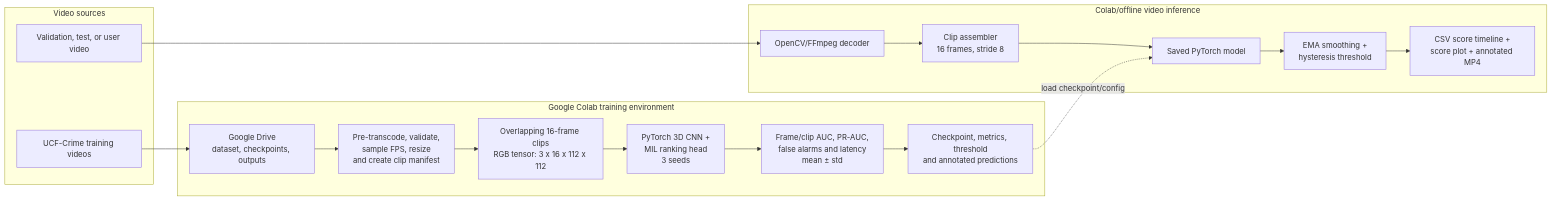
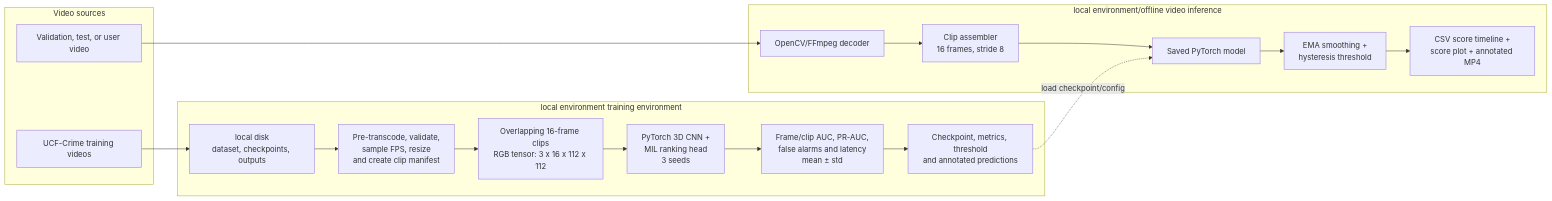
The diagram in README.md (prathmeshchorghade-mits/Spatio-Temporal-Anomaly-Detection-in-Surveillance-Videos-Using-3D-CNNs), drawn with Mermaid before and after one commit. The commit also changed other lines of this file and 8 other files, not shown here.

Commit message:
Update documentation for local training instead of Google Colab

````diff
--- a/README.md
+++ b/README.md
@@ -19,28 +19,28 @@
 ```mermaid
 flowchart LR
   subgraph Sources[Video sources]
     FILE[UCF-Crime / uploaded\nvideo file]
     UCF[UCF-Crime training videos]
   end
 
-  subgraph Colab[Google Colab training environment]
-    DRIVE[Google Drive\ndataset, checkpoints, outputs]
+  subgraph local environment[local environment training environment]
+    DRIVE[local disk\ndataset, checkpoints, outputs]
     INGEST[Pre-transcode, validate,\nsample FPS, resize\nand create clip manifest]
     CLIPS[Overlapping 16-frame clips\nRGB tensor: 3 x 16 x 112 x 112]
     TRAIN[PyTorch 3D CNN +\nMIL ranking head\n3 seeds]
     EVAL[Frame/clip AUC, PR-AUC,\nfalse alarms and latency\nmean ± std]
     OUT[Checkpoint, metrics, threshold\nand annotated predictions]
     UCF --> DRIVE --> INGEST --> CLIPS --> TRAIN --> EVAL --> OUT
   end
 
-  subgraph Inference[Colab/offline video inference]
+  subgraph Inference[local environment/offline video inference]
     FILE[Validation, test, or user video]
     DECODE[OpenCV/FFmpeg decoder]
     WINDOW[Clip assembler\n16 frames, stride 8]
     MODEL[Saved PyTorch model]
     SCORE[EMA smoothing +\nhysteresis threshold]
     RESULT[CSV score timeline +\nscore plot + annotated MP4]
     FILE --> DECODE --> WINDOW --> MODEL --> SCORE --> RESULT
     OUT -. load checkpoint/config .-> MODEL
   end
 ```
````
